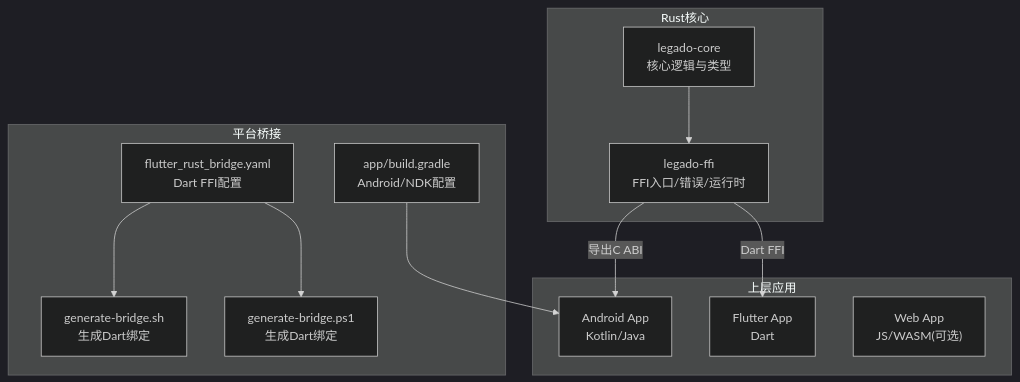
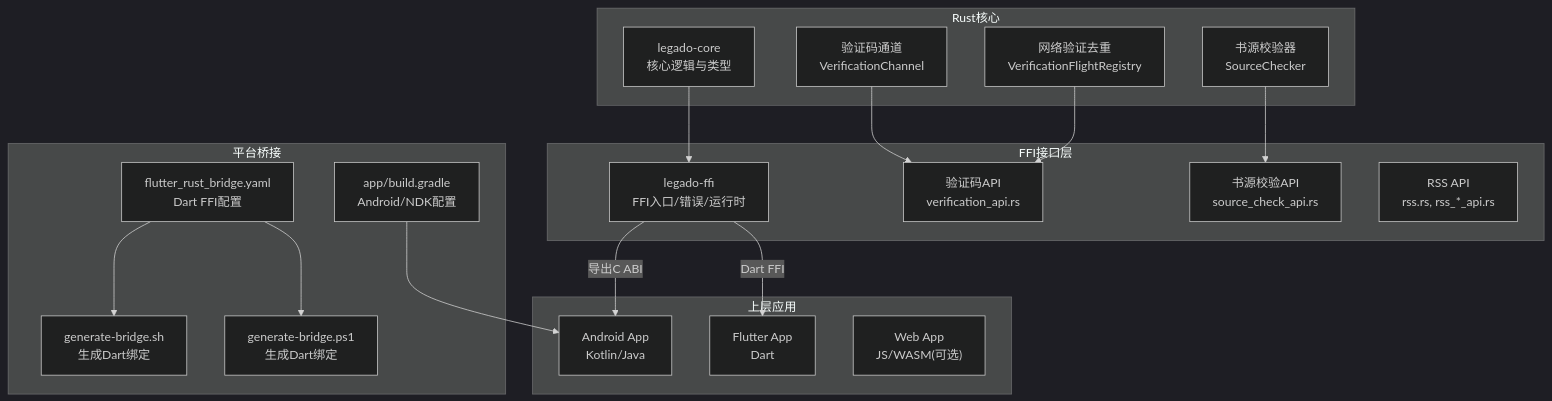
One commit to ZhangGHGitHub/LegadoTeamFlutter changed the first of 3 diagrams in .qoder/repowiki/zh/content/Rust核心库/FFI接口.md. Above: the diagram before and after it, drawn with Mermaid (dark theme). The commit also changed other lines of this file and 173 other files, not shown here.

````diff
--- a/.qoder/repowiki/zh/content/Rust核心库/FFI接口.md
+++ b/.qoder/repowiki/zh/content/Rust核心库/FFI接口.md
@@ -51,24 +68,35 @@
 ```mermaid
 graph TB
 subgraph "Rust核心"
 core["legado-core<br/>核心逻辑与类型"]
+verification["验证码通道<br/>VerificationChannel"]
+net_verification["网络验证去重<br/>VerificationFlightRegistry"]
+source_checker["书源校验器<br/>SourceChecker"]
+end
+subgraph "FFI接口层"
 ffi_mod["legado-ffi<br/>FFI入口/错误/运行时"]
+verification_api["验证码API<br/>verification_api.rs"]
+source_check_api["书源校验API<br/>source_check_api.rs"]
+rss_api["RSS API<br/>rss.rs, rss_*_api.rs"]
 end
 subgraph "平台桥接"
 dart_cfg["flutter_rust_bridge.yaml<br/>Dart FFI配置"]
 gen_sh["generate-bridge.sh<br/>生成Dart绑定"]
 gen_ps["generate-bridge.ps1<br/>生成Dart绑定"]
 kotlin_gradle["app/build.gradle<br/>Android/NDK配置"]
 end
 subgraph "上层应用"
 android_app["Android App<br/>Kotlin/Java"]
 flutter_app["Flutter App<br/>Dart"]
 web_app["Web App<br/>JS/WASM(可选)"]
 end
 core --> ffi_mod
+verification --> verification_api
+net_verification --> verification_api
+source_checker --> source_check_api
 ffi_mod --> |导出C ABI| android_app
 ffi_mod --> |Dart FFI| flutter_app
 dart_cfg --> gen_sh
 dart_cfg --> gen_ps
 kotlin_gradle --> android_app
 ```
````
